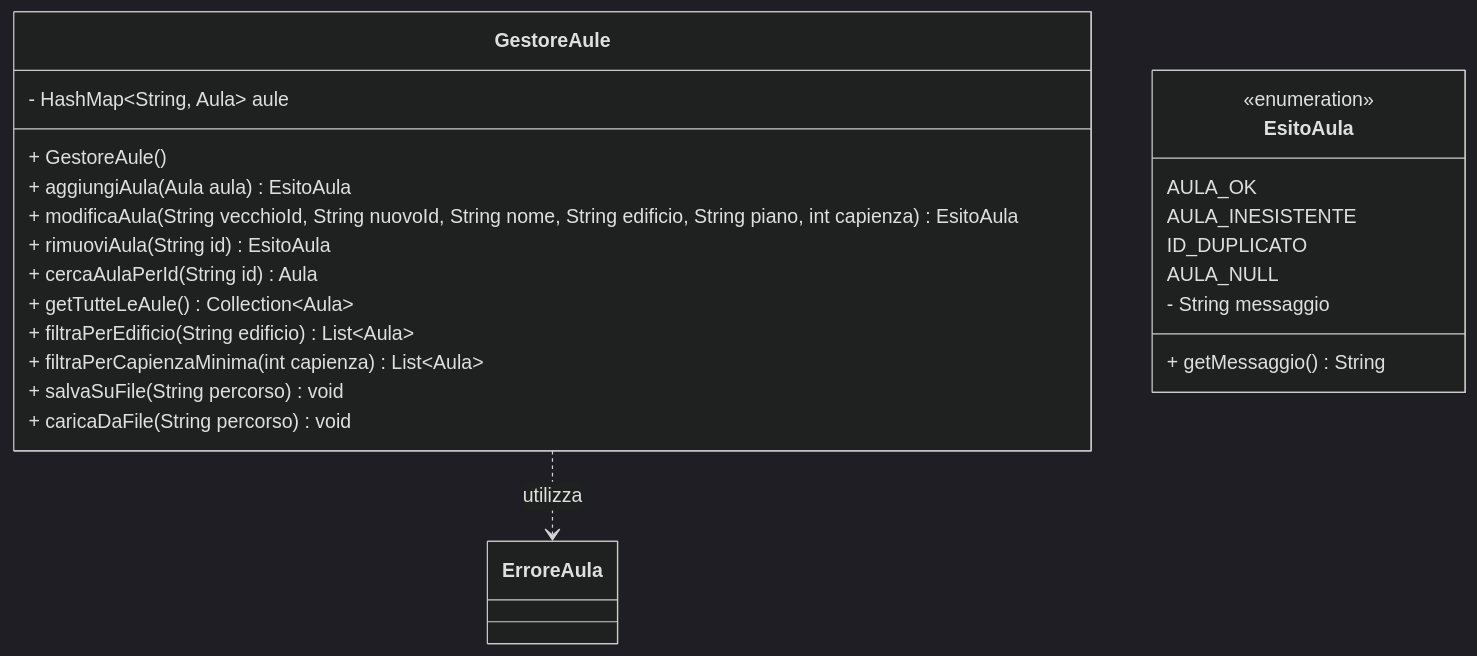
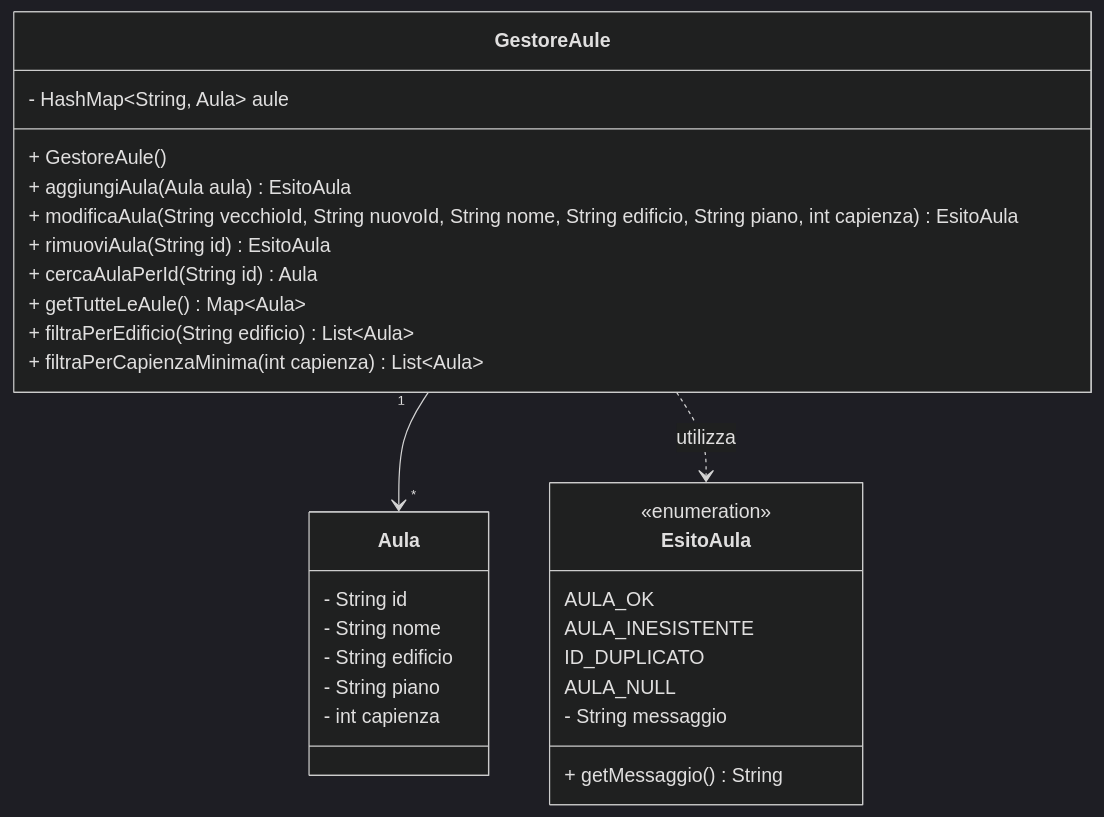
The diagram in diagrams/gestoreAuleClass.md (gcarbone48/PrenotazioneAule5), drawn with Mermaid (dark theme) before and after one commit.

Commit message:
FIX: revisione mermaid gestoreAuleClass + commenti

````diff
--- a/diagrams/gestoreAuleClass.md
+++ b/diagrams/gestoreAuleClass.md
@@ -1,34 +1,53 @@
 ```mermaid
 classDiagram
+
+
+    class Aula {
+        - String id
+        %% codice identificativo univoco
+        - String nome
+        - String edificio
+        - String piano
+        - int capienza
+    }
+
     class GestoreAule{
         - HashMap~String, Aula~ aule
+        %% costruttore
         + GestoreAule()
+        %% aggiunge un'aula verificando l'unicità dell'id e i valori nulli
         + aggiungiAula(Aula aula) EsitoAula
+        %% modifica un'aula esistente gestendo anche l'eventuale cambio di ID
         + modificaAula(String vecchioId, String nuovoId, String nome, String edificio, String piano, int capienza) EsitoAula
+        %% rimuove un'aula tramite il suo id
         + rimuoviAula(String id) EsitoAula
+        %% cerca e restituisce un'aula tramite il suo id
         + cercaAulaPerId(String id) Aula
-        + getTutteLeAule() Collection~Aula~
+        %% restituisce una collezione di tutte le aule registrate
+        + getTutteLeAule() Map~Aula~
+        %% restituisce una lista di aule filtrate per edificio
         + filtraPerEdificio(String edificio) List~Aula~
+        %% restituisce una lista di aule filtrate per capienza minima
         + filtraPerCapienzaMinima(int capienza) List~Aula~
-        + salvaSuFile(String percorso) void
-        + caricaDaFile(String percorso) void
+
     }
 
     class EsitoAula {
         <<enumeration>>
         %%esito corretto
         AULA_OK
         %%restituita se l'aula passata non esiste
         AULA_INESISTENTE
         %%restituita se l'id è già associato ad un'altra aula
         ID_DUPLICATO
         %%restituita se l'aula passata è null
         AULA_NULL
         %%attributo privato immutabile che memorizza il testo descrittivo dell'esito
         - String messaggio
         %%metodo pubblico per accedere al testo descrittivo dell'esito
         + getMessaggio() String
     }
-    GestoreAule ..> ErroreAula : utilizza
+    GestoreAule "1" --> "*" Aula
+    GestoreAule ..> EsitoAula : utilizza
         
 ```
````
